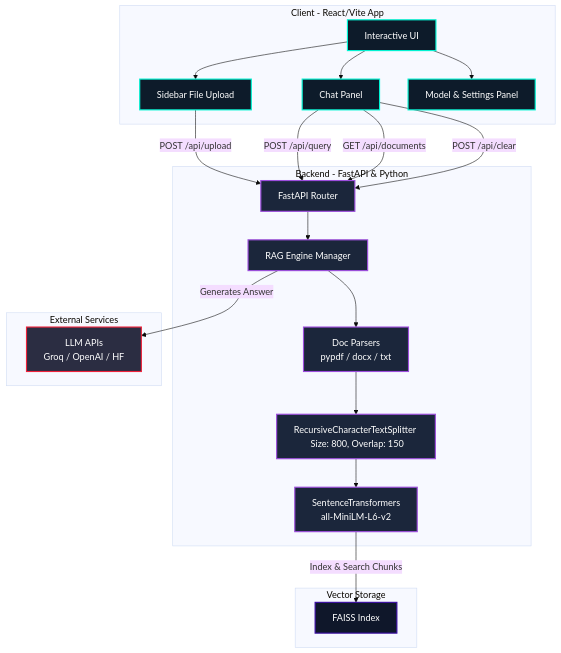
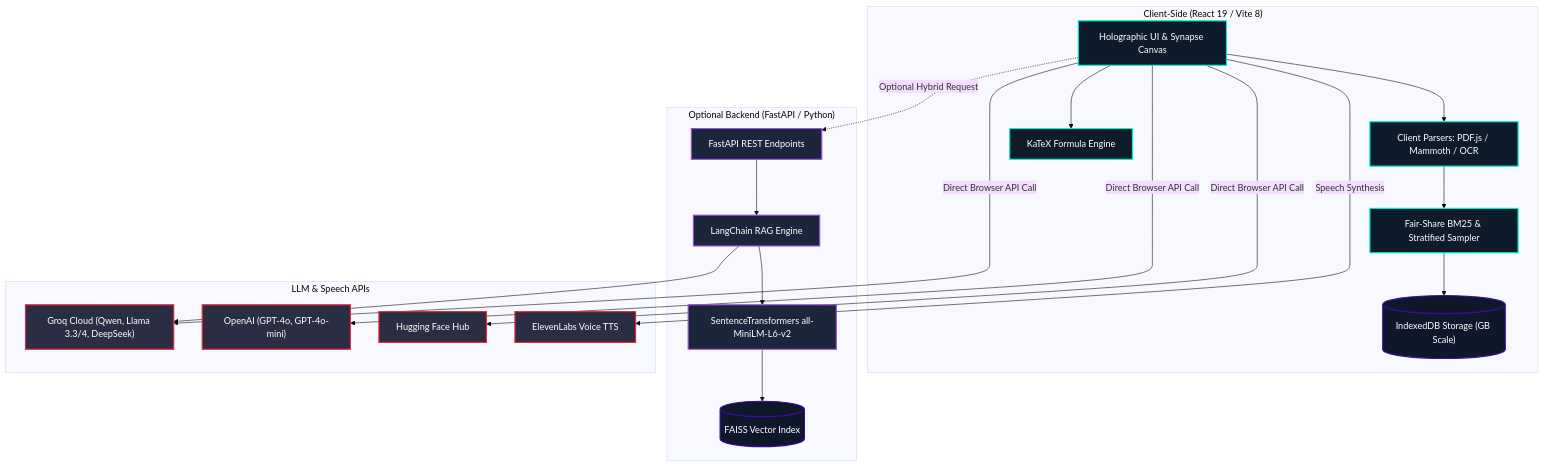
Before and after one commit to udityamerit/NeuroLens-Knowledge-Retrieval-Engine: the diagram in README.md, drawn with Mermaid (base theme). The commit also changed other lines of this file and 1 other file, not shown here.

Commit message:
docs: update README with project architecture and add report to .gitignore

````diff
--- a/README.md
+++ b/README.md
@@ -38,47 +77,48 @@
 ```mermaid
 graph TD
     classDef client fill:#0d1b2a,stroke:#00f5d4,stroke-width:2px,color:#fff;
     classDef server fill:#1b263b,stroke:#9d4edd,stroke-width:2px,color:#fff;
     classDef database fill:#0f172a,stroke:#3a0ca3,stroke-width:2px,color:#fff;
     classDef external fill:#2b2d42,stroke:#ef233c,stroke-width:2px,color:#fff;
 
-    subgraph Client [Client - React/Vite App]
-        UI[Interactive UI]:::client
-        UploadSide[Sidebar File Upload]:::client
-        ChatPanel[Chat Panel]:::client
-        SettingsModal[Model & Settings Panel]:::client
+    subgraph Browser ["Client-Side (React 19 / Vite 8)"]
+        UI["Holographic UI & Synapse Canvas"]:::client
+        DocParser["Client Parsers: PDF.js / Mammoth / OCR"]:::client
+        BM25["Fair-Share BM25 & Stratified Sampler"]:::client
+        IndexedDB[("IndexedDB Storage (GB Scale)")]:::database
+        KaTeX["KaTeX Formula Engine"]:::client
     end
 
-    subgraph Server [Backend - FastAPI & Python]
-        API[FastAPI Router]:::server
-        RAGEngine[RAG Engine Manager]:::server
-        Parser[Doc Parsers <br/> pypdf / docx / txt]:::server
-        Splitter[RecursiveCharacterTextSplitter <br/> Size: 800, Overlap: 150]:::server
-        Embeddings[SentenceTransformers <br/> all-MiniLM-L6-v2]:::server
+    subgraph BackendServer ["Optional Backend (FastAPI / Python)"]
+        API["FastAPI REST Endpoints"]:::server
+        RAG["LangChain RAG Engine"]:::server
+        Embedder["SentenceTransformers all-MiniLM-L6-v2"]:::server
+        FAISS[("FAISS Vector Index")]:::database
     end
 
-    subgraph DB [Vector Storage]
-        FAISS[FAISS Index]:::database
+    subgraph Providers ["LLM & Speech APIs"]
+        Groq["Groq Cloud (Qwen, Llama 3.3/4, DeepSeek)"]:::external
+        OpenAI["OpenAI (GPT-4o, GPT-4o-mini)"]:::external
+        HF["Hugging Face Hub"]:::external
+        ElevenLabs["ElevenLabs Voice TTS"]:::external
     end
 
-    subgraph External [External Services]
-        LLM[LLM APIs <br/> Groq / OpenAI / HF]:::external
-    end
+    %% Client flow
+    UI --> DocParser
+    DocParser --> BM25
+    BM25 --> IndexedDB
+    UI --> KaTeX
 
-    %% Flow connections
-    UI --> UploadSide
-    UI --> ChatPanel
-    UI --> SettingsModal
+    %% Direct browser to LLM
+    UI -->|Direct Browser API Call| Groq
+    UI -->|Direct Browser API Call| OpenAI
+    UI -->|Direct Browser API Call| HF
+    UI -->|Speech Synthesis| ElevenLabs
 
-    UploadSide -->|POST /api/upload| API
-    ChatPanel -->|POST /api/query| API
-    ChatPanel -->|GET /api/documents| API
-    ChatPanel -->|POST /api/clear| API
-
-    API --> RAGEngine
-    RAGEngine --> Parser
-    Parser --> Splitter
-    Splitter --> Embeddings
-    Embeddings -->|Index & Search Chunks| FAISS
-    RAGEngine -->|Generates Answer| LLM
+    %% Hybrid mode
+    UI -.->|Optional Hybrid Request| API
+    API --> RAG
+    RAG --> Embedder
+    Embedder --> FAISS
+    RAG --> Groq
 ```
````
